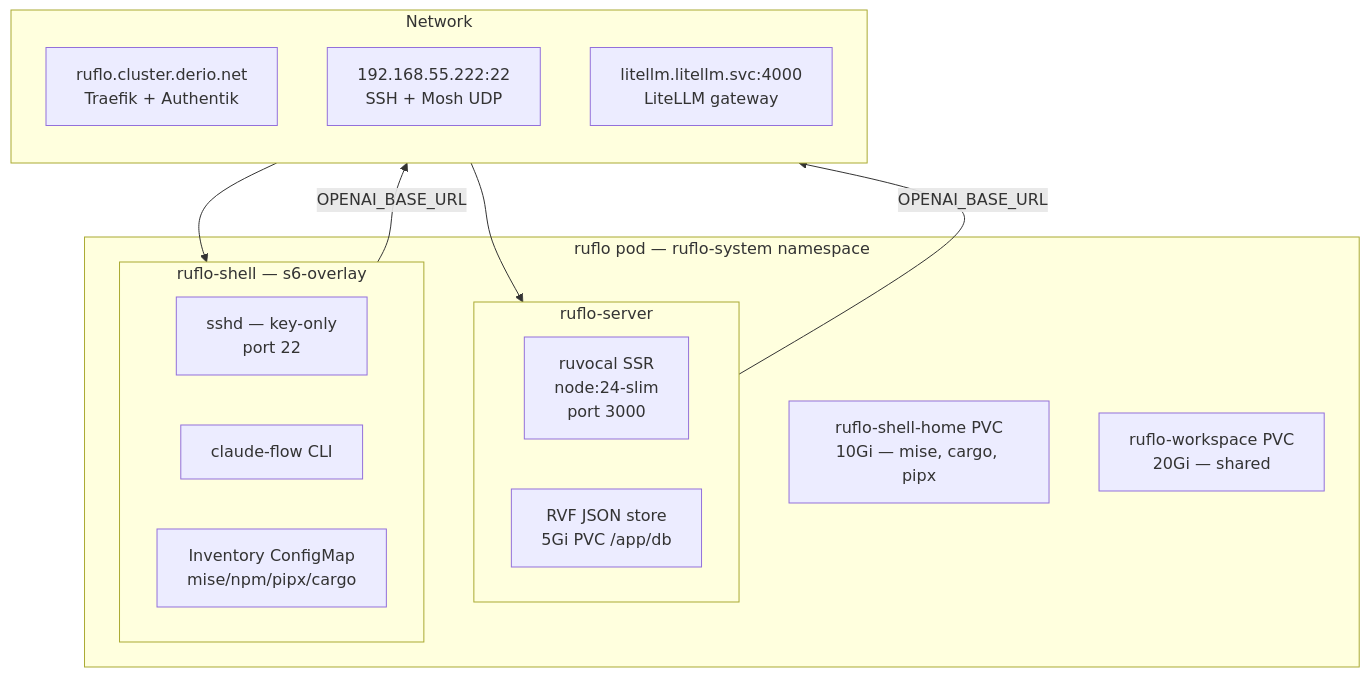
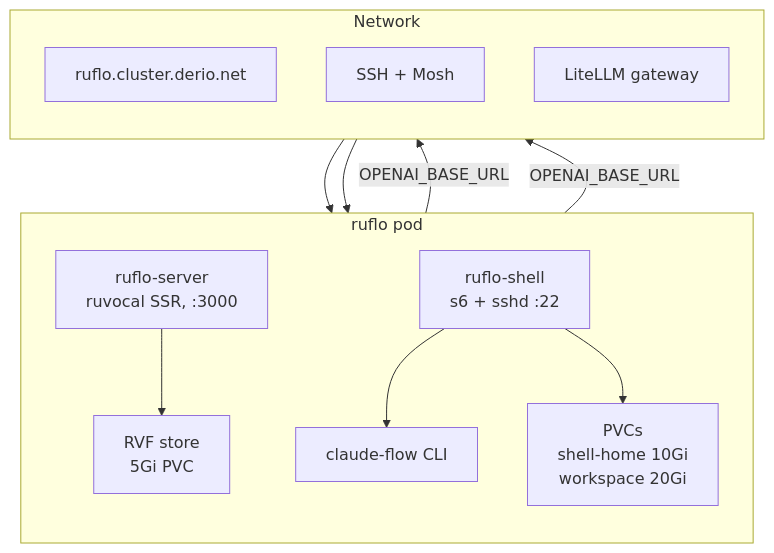
One commit to derio-net/frank changed the diagram in blog/content/docs/building/29-ruflo/index.md. Above: the diagram before and after it, drawn with Mermaid. The commit also changed other lines of this file and 52 other files, not shown here.

````diff
--- a/blog/content/docs/building/29-ruflo/index.md
+++ b/blog/content/docs/building/29-ruflo/index.md
@@ -21,27 +21,25 @@
 ```mermaid
 flowchart TD
-  subgraph Pod[ruflo pod — ruflo-system namespace]
-    subgraph Server[ruflo-server]
-      RUV[ruvocal SSR<br/>node:24-slim<br/>port 3000]
-      RVF[RVF JSON store<br/>5Gi PVC /app/db]
-    end
-    subgraph Shell[ruflo-shell — s6-overlay]
-      SSHD[sshd — key-only<br/>port 22]
-      CF[claude-flow CLI]
-      INV[Inventory ConfigMap<br/>mise/npm/pipx/cargo]
-    end
-    SH[ruflo-shell-home PVC<br/>10Gi — mise, cargo, pipx]
-    WS[ruflo-workspace PVC<br/>20Gi — shared]
+  subgraph Pod[ruflo pod]
+    direction TB
+    RUV["ruflo-server<br/>ruvocal SSR, :3000"]
+    RVF["RVF store<br/>5Gi PVC"]
+    SSHD["ruflo-shell<br/>s6 + sshd :22"]
+    CF["claude-flow CLI"]
+    VOL["PVCs<br/>shell-home 10Gi<br/>workspace 20Gi"]
   end
   subgraph Network
     direction TB
-    WEB[ruflo.cluster.derio.net<br/>Traefik + Authentik]
-    SSH[192.168.55.222:22<br/>SSH + Mosh UDP]
-    LLM[litellm.litellm.svc:4000<br/>LiteLLM gateway]
+    WEB["ruflo.cluster.derio.net"]
+    SSH["SSH + Mosh"]
+    LLM["LiteLLM gateway"]
   end
 
-  Shell -->|OPENAI_BASE_URL| LLM
-  Server -->|OPENAI_BASE_URL| LLM
-  WEB --> Server
-  SSH --> Shell
+  WEB --> RUV
+  RUV --> RVF
+  SSH --> SSHD
+  SSHD --> CF
+  SSHD --> VOL
+  CF -->|OPENAI_BASE_URL| LLM
+  RUV -->|OPENAI_BASE_URL| LLM
 ```
````
